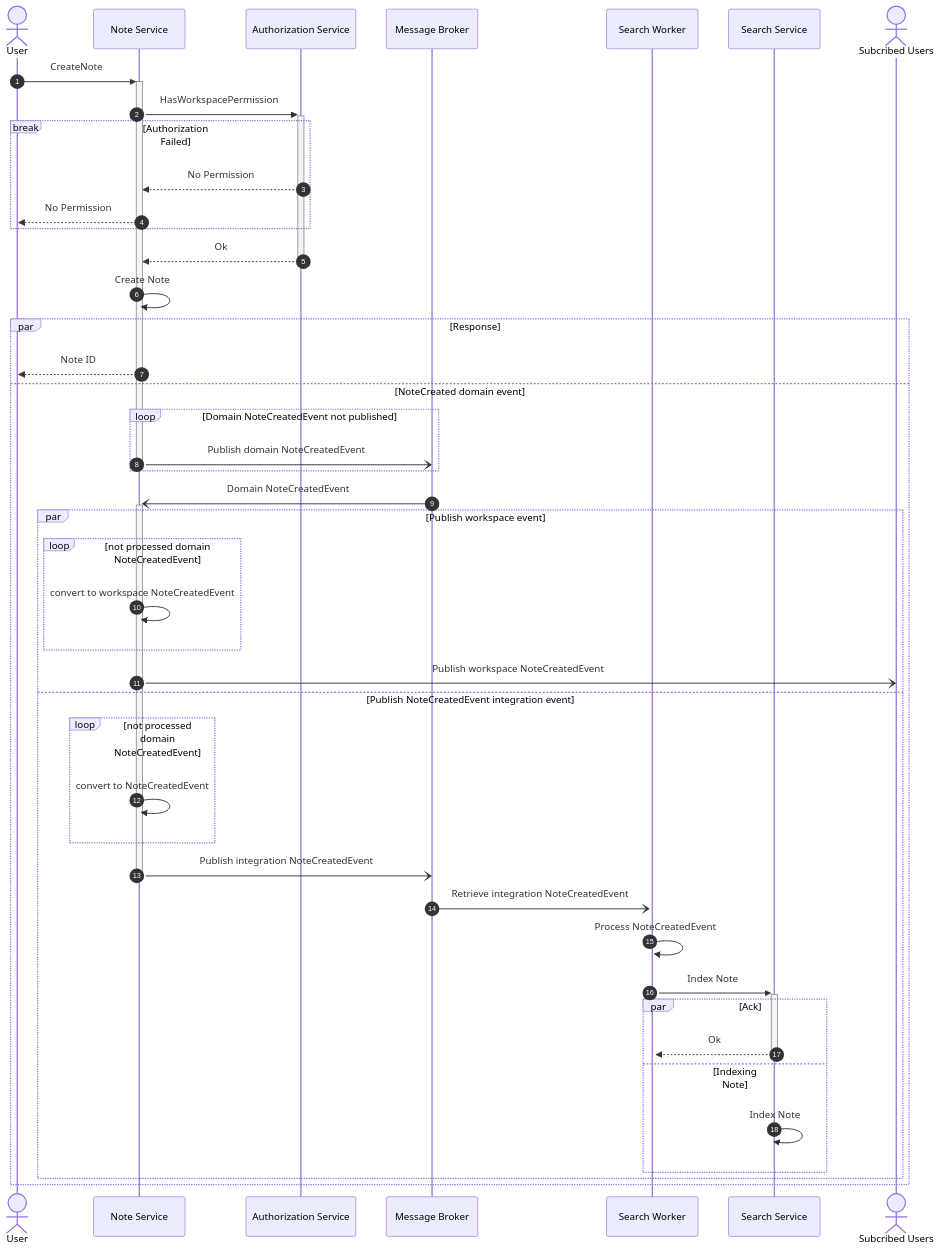
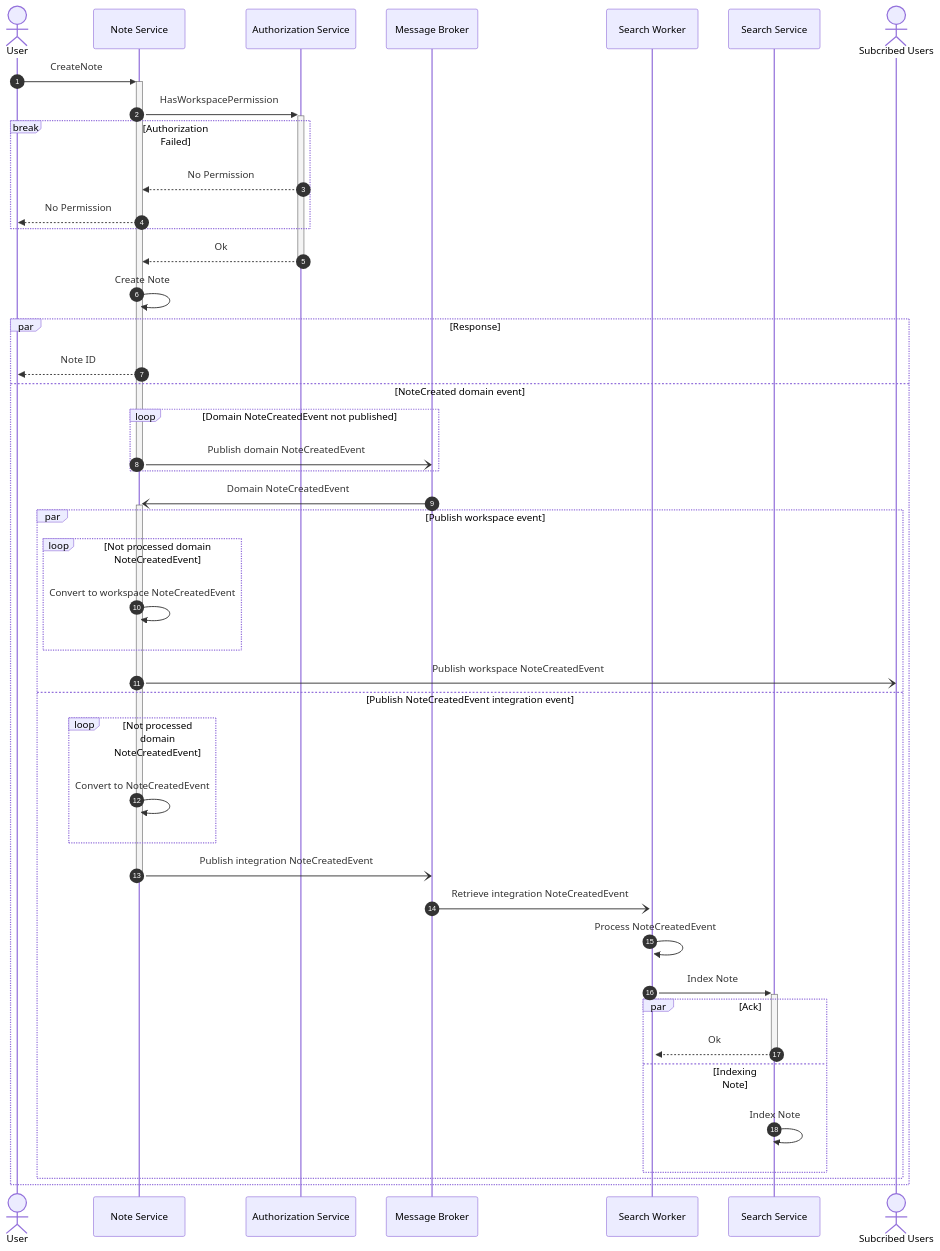
The diagram in src/assets/diagrams/create-note-seq.mmd (notopia-uit/report), drawn with Mermaid before and after one commit. The commit also changed 6 other files, not shown here.

```diff
--- a/src/assets/diagrams/create-note-seq.mmd
+++ b/src/assets/diagrams/create-note-seq.mmd
@@ -1,46 +1,46 @@
 sequenceDiagram
     autonumber
 
     actor U as User
     participant NS as Note Service
     participant AS as Authorization Service
     participant MB as Message Broker
     participant SW as Search Worker
     participant SS as Search Service
     actor SU as Subcribed Users
 
     U->>+NS: CreateNote
     NS->>+AS: HasWorkspacePermission
     break Authorization Failed
         AS-->>NS: No Permission
         NS-->>U: No Permission
     end
     AS-->>-NS: Ok
     NS->>NS: Create Note
     par Response
         NS-->>U: Note ID
     and NoteCreated domain event
         loop Domain NoteCreatedEvent not published
             NS-)-MB: Publish domain NoteCreatedEvent
         end
         MB-)+NS: Domain NoteCreatedEvent
         par Publish workspace event
-            loop not processed domain NoteCreatedEvent
-                NS->>NS: convert to workspace NoteCreatedEvent
+            loop Not processed domain NoteCreatedEvent
+                NS->>NS: Convert to workspace NoteCreatedEvent
             end
             NS-)SU: Publish workspace NoteCreatedEvent
         and Publish NoteCreatedEvent integration event
-            loop not processed domain NoteCreatedEvent
-                NS->>NS: convert to NoteCreatedEvent
+            loop Not processed domain NoteCreatedEvent
+                NS->>NS: Convert to NoteCreatedEvent
             end
             NS-)-MB: Publish integration NoteCreatedEvent
             MB-)+SW: Retrieve integration NoteCreatedEvent
             SW->>SW: Process NoteCreatedEvent
             SW->>+SS: Index Note
             par Ack
                 SS-->>-SW: Ok
             and Indexing Note
                 SS->>+SS: Index Note
             end
         end
     end
```
